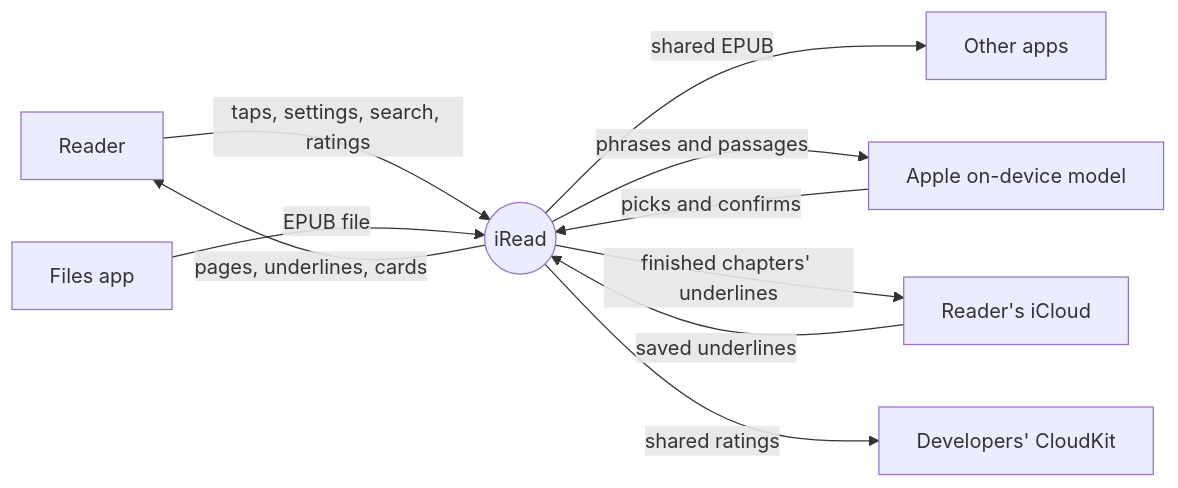
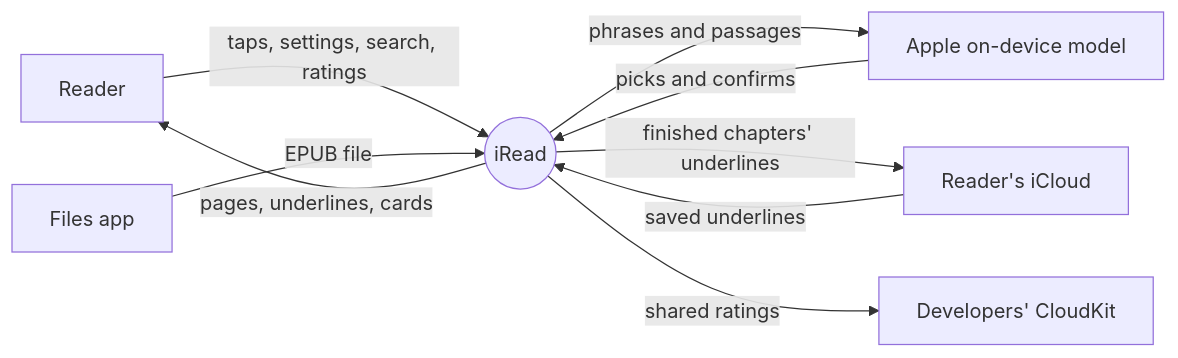
One commit to AftrHours/iRead changed the ninth of 16 diagrams in docs/DIAGRAMS.md. Above: the diagram before and after it, drawn with Mermaid. The commit also changed other lines of this file and 9 other files, not shown here.

````diff
--- a/docs/DIAGRAMS.md
+++ b/docs/DIAGRAMS.md
@@ -484,20 +484,18 @@
 ```mermaid
 flowchart LR
   Reader[Reader]
   Files[Files app]
-  Share[Other apps]
   Model[Apple on-device model]
   Private[Reader's iCloud]
   Public[Developers' CloudKit]
   App((iRead))
 
   Reader -- taps, settings, search, ratings --> App
   App -- pages, underlines, cards --> Reader
   Files -- EPUB file --> App
-  App -- shared EPUB --> Share
   App -- phrases and passages --> Model
   Model -- picks and confirms --> App
   App -- finished chapters' underlines --> Private
   Private -- saved underlines --> App
   App -- shared ratings --> Public
 ```
````
